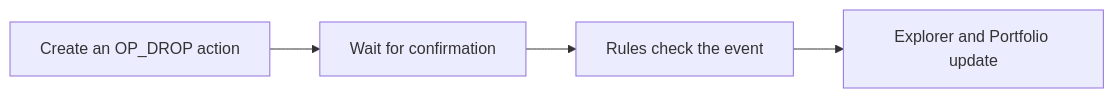
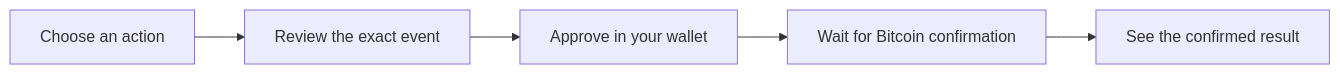
The diagram in docs/README.md (bitcoinuniverseio/op-drop), drawn with Mermaid before and after one commit. The commit also changed other lines of this file and 12 other files, not shown here.

````diff
--- a/docs/README.md
+++ b/docs/README.md
@@ -110,6 +9,7 @@
 ```mermaid
 flowchart LR
-  A[Create an OP_DROP action] --> B[Wait for confirmation]
-  B --> C[Rules check the event]
-  C --> D[Explorer and Portfolio update]
+  A[Choose an action] --> B[Review the exact event]
+  B --> C[Approve in your wallet]
+  C --> D[Wait for Bitcoin confirmation]
+  D --> E[See the confirmed result]
 ```
````
